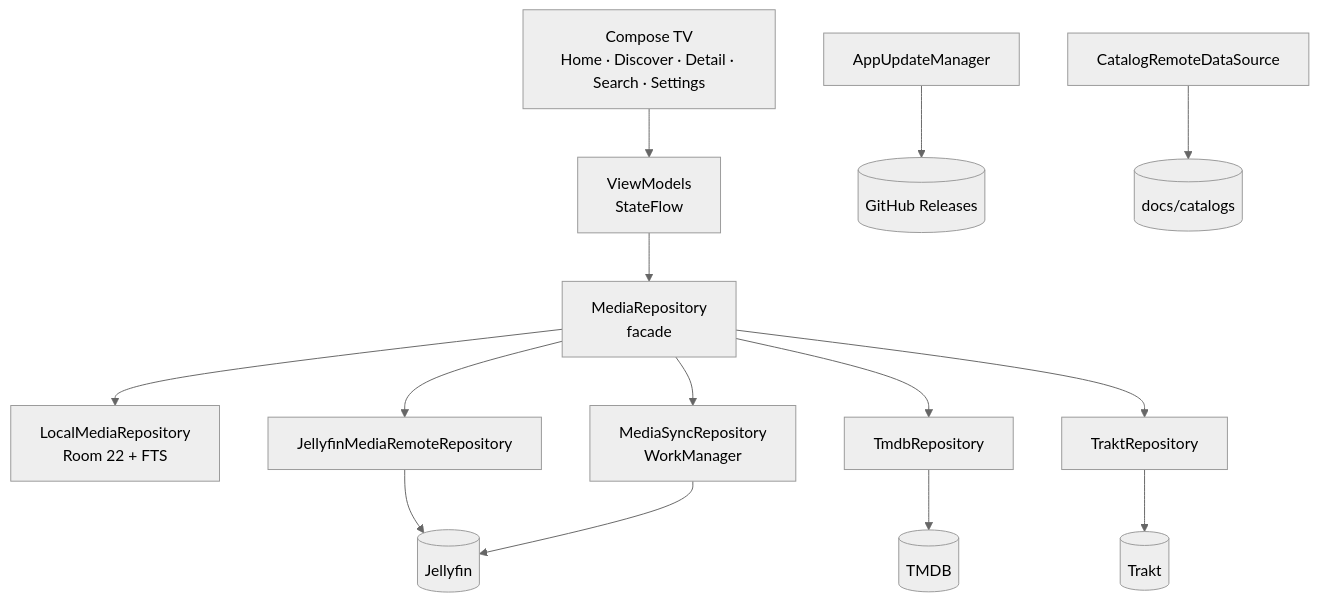
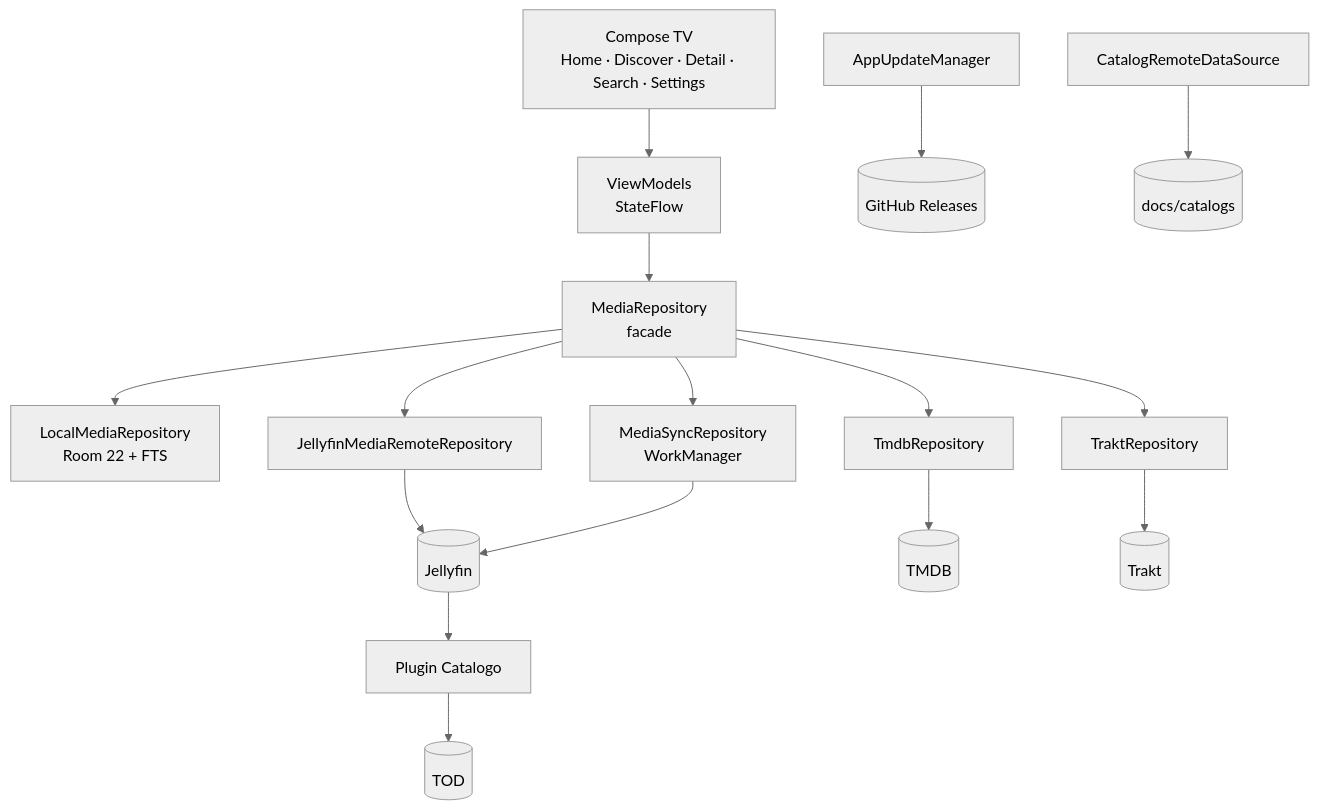
Before and after one commit to GitCorion/Medusa: the diagram in README.en.md, drawn with Mermaid (neutral theme). The commit also changed other lines of this file and 5 other files, not shown here.

````diff
--- a/README.en.md
+++ b/README.en.md
@@ -123,16 +137,18 @@
 ```mermaid
 flowchart TD
     UI["Compose TV<br/>Home · Discover · Detail · Search · Settings"] --> VM["ViewModels<br/>StateFlow"]
     VM --> REPO["MediaRepository<br/>facade"]
     REPO --> LOCAL["LocalMediaRepository<br/>Room 22 + FTS"]
     REPO --> JF["JellyfinMediaRemoteRepository"]
     REPO --> SYNC["MediaSyncRepository<br/>WorkManager"]
     REPO --> TMDB["TmdbRepository"]
     REPO --> TRAKT["TraktRepository"]
     JF --> SERVER[("Jellyfin")]
     SYNC --> SERVER
+    SERVER --> PLUGIN["Plugin Catalogo"]
+    PLUGIN --> TODS[("TOD")]
     TMDB --> TMDBAPI[("TMDB")]
     TRAKT --> TRAKTAPI[("Trakt")]
     UPDATE["AppUpdateManager"] --> GH[("GitHub Releases")]
     CAT["CatalogRemoteDataSource"] --> RAW[("docs/catalogs")]
 ```
````
